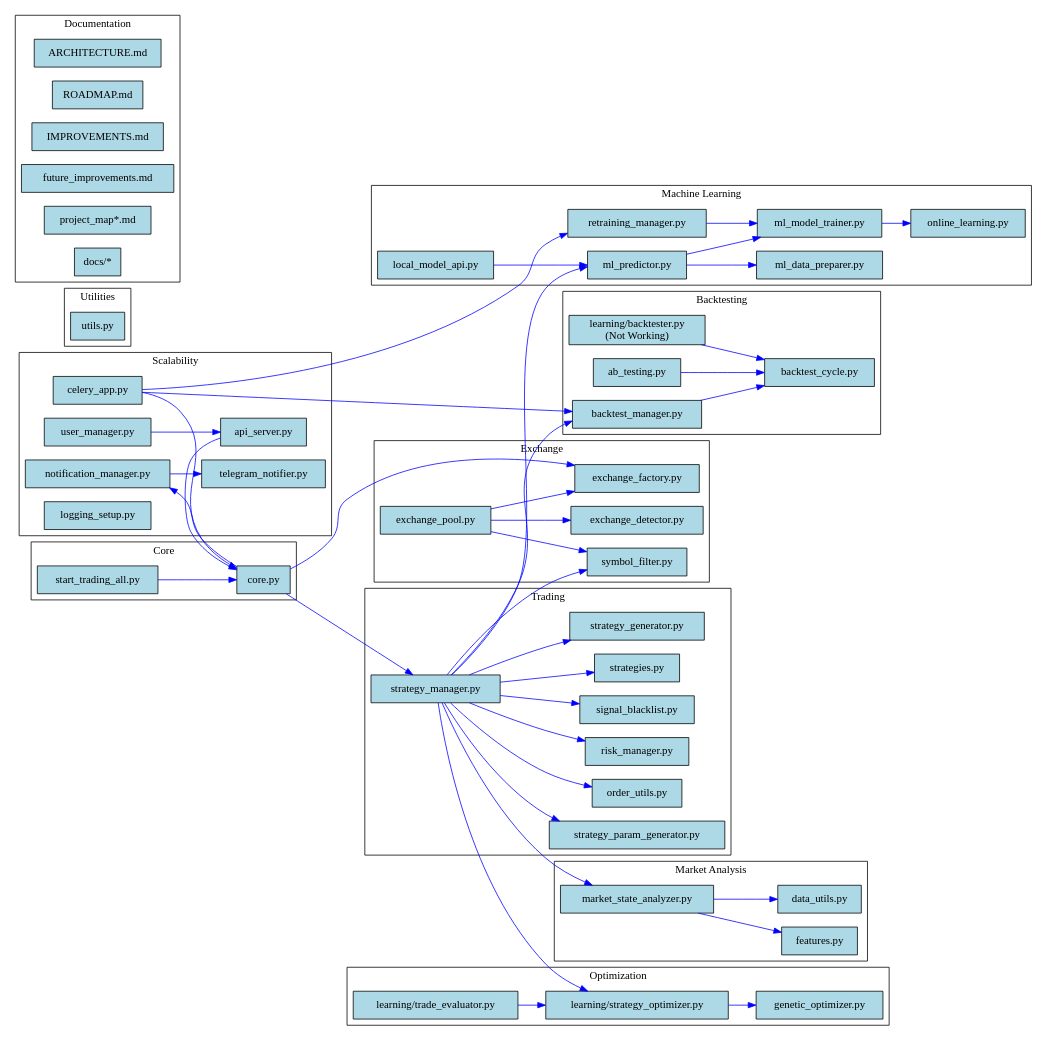
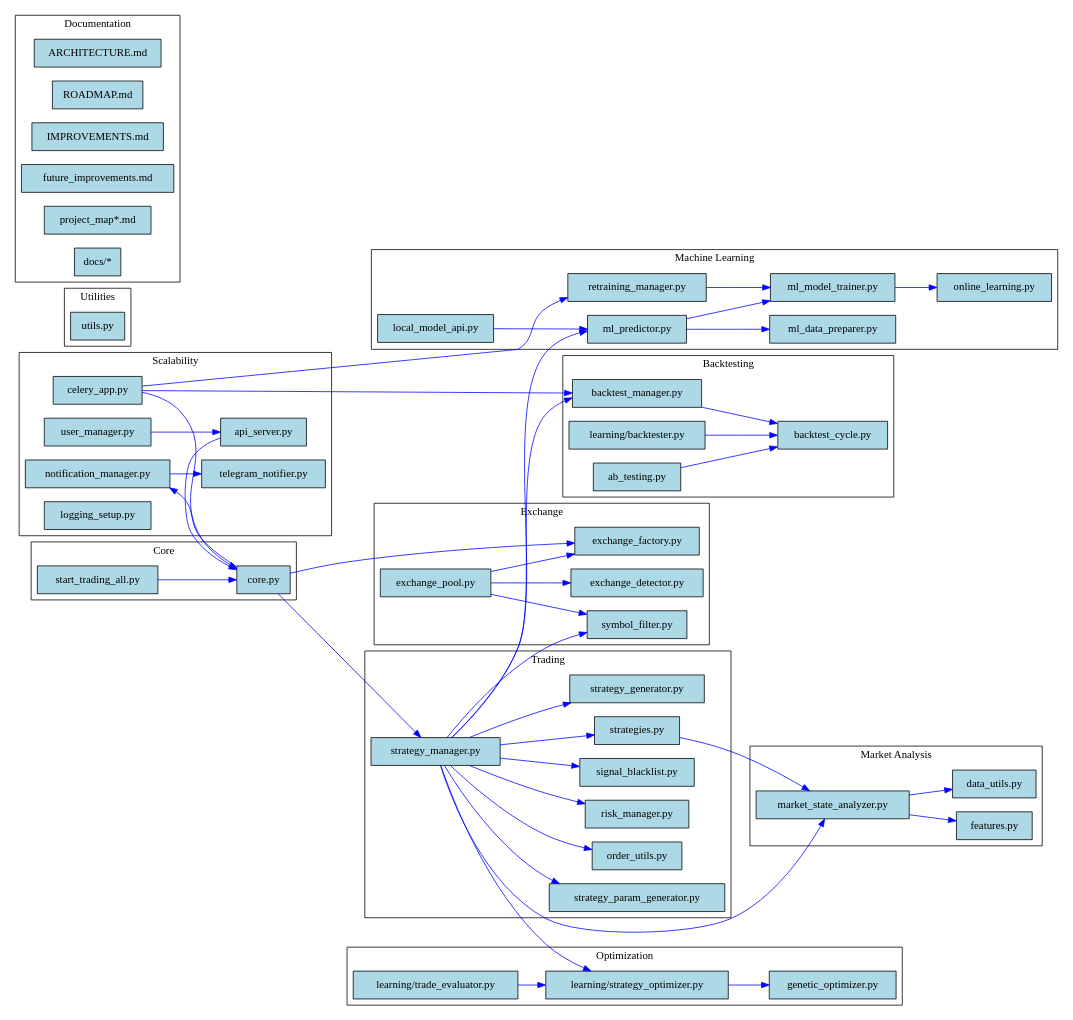
One commit to Mars-proj/Simbiot-trading-bot-evolved changed the diagram in trading_bot_graph.dot. Above: the diagram before and after it, drawn with Graphviz. The commit also changed 5 other files, not shown here.

```diff
--- a/trading_bot_graph.dot
+++ b/trading_bot_graph.dot
@@ -1,143 +1,144 @@
 digraph TradingBotSystem {
     rankdir=LR;
     node [shape=box, style=filled, fillcolor=lightblue];
     edge [color=blue];
 
     // Core
     subgraph cluster_core {
         label="Core";
         fillcolor=lightgreen;
         core [label="core.py"];
         start_trading [label="start_trading_all.py"];
         start_trading -> core;
     }
 
     // Trading
     subgraph cluster_trading {
         label="Trading";
         fillcolor=lightyellow;
         strategies [label="strategies.py"];
         strategy_manager [label="strategy_manager.py"];
         strategy_generator [label="strategy_generator.py"];
         strategy_param_generator [label="strategy_param_generator.py"];
         order_utils [label="order_utils.py"];
         risk_manager [label="risk_manager.py"];
         signal_blacklist [label="signal_blacklist.py"];
         strategy_manager -> strategies;
         strategy_manager -> strategy_generator;
         strategy_manager -> strategy_param_generator;
         strategy_manager -> order_utils;
         strategy_manager -> risk_manager;
         strategy_manager -> signal_blacklist;
         core -> strategy_manager;
     }
 
     // Exchange
     subgraph cluster_exchange {
         label="Exchange";
         fillcolor=lightcoral;
         exchange_factory [label="exchange_factory.py"];
         exchange_detector [label="exchange_detector.py"];
         exchange_pool [label="exchange_pool.py"];
         symbol_filter [label="symbol_filter.py"];
         exchange_pool -> exchange_factory;
         exchange_pool -> exchange_detector;
         exchange_pool -> symbol_filter;
         core -> exchange_factory;
     }
 
     // Market Analysis
     subgraph cluster_market_analysis {
         label="Market Analysis";
         fillcolor=lightpink;
         market_state_analyzer [label="market_state_analyzer.py"];
         features [label="features.py"];
         data_utils [label="data_utils.py"];
         market_state_analyzer -> features;
         market_state_analyzer -> data_utils;
         strategy_manager -> market_state_analyzer;
         strategy_manager -> symbol_filter;
+        strategies -> market_state_analyzer;
     }
 
     // Machine Learning
     subgraph cluster_ml {
         label="Machine Learning";
         fillcolor=lightcyan;
         ml_data_preparer [label="ml_data_preparer.py"];
         ml_model_trainer [label="ml_model_trainer.py"];
         ml_predictor [label="ml_predictor.py"];
         online_learning [label="online_learning.py"];
         retraining_manager [label="retraining_manager.py"];
         local_model_api [label="local_model_api.py"];
         ml_predictor -> ml_model_trainer;
         ml_predictor -> ml_data_preparer;
         ml_model_trainer -> online_learning;
         retraining_manager -> ml_model_trainer;
         local_model_api -> ml_predictor;
         strategy_manager -> ml_predictor;
     }
 
     // Optimization
     subgraph cluster_optimization {
         label="Optimization";
         fillcolor=lightgoldenrodyellow;
         genetic_optimizer [label="genetic_optimizer.py"];
         strategy_optimizer [label="learning/strategy_optimizer.py"];
         trade_evaluator [label="learning/trade_evaluator.py"];
         strategy_optimizer -> genetic_optimizer;
         trade_evaluator -> strategy_optimizer;
         strategy_manager -> strategy_optimizer;
     }
 
     // Backtesting
     subgraph cluster_backtesting {
         label="Backtesting";
         fillcolor=lightgray;
         backtest_cycle [label="backtest_cycle.py"];
         backtest_manager [label="backtest_manager.py"];
-        learning_backtester [label="learning/backtester.py\n(Not Working)"];
+        learning_backtester [label="learning/backtester.py"];
         ab_testing [label="ab_testing.py"];
         backtest_manager -> backtest_cycle;
         learning_backtester -> backtest_cycle;
         ab_testing -> backtest_cycle;
         strategy_manager -> backtest_manager;
     }
 
     // Scalability
     subgraph cluster_scalability {
         label="Scalability";
         fillcolor=lightseagreen;
         celery_app [label="celery_app.py"];
         api_server [label="api_server.py"];
         user_manager [label="user_manager.py"];
         notification_manager [label="notification_manager.py"];
         telegram_notifier [label="telegram_notifier.py"];
         logging_setup [label="logging_setup.py"];
         notification_manager -> telegram_notifier;
         celery_app -> backtest_manager;
         celery_app -> retraining_manager;
         celery_app -> core;
         api_server -> core;
         user_manager -> api_server;
         core -> notification_manager;
     }
 
     // Utilities
     subgraph cluster_utilities {
         label="Utilities";
         fillcolor=lightsalmon;
         utils [label="utils.py"];
     }
 
     // Documentation
     subgraph cluster_documentation {
         label="Documentation";
         fillcolor=lavender;
         architecture_md [label="ARCHITECTURE.md"];
         roadmap_md [label="ROADMAP.md"];
         improvements_md [label="IMPROVEMENTS.md"];
         future_improvements [label="future_improvements.md"];
         project_map_md [label="project_map*.md"];
         docs [label="docs/*"];
     }
 }
```
